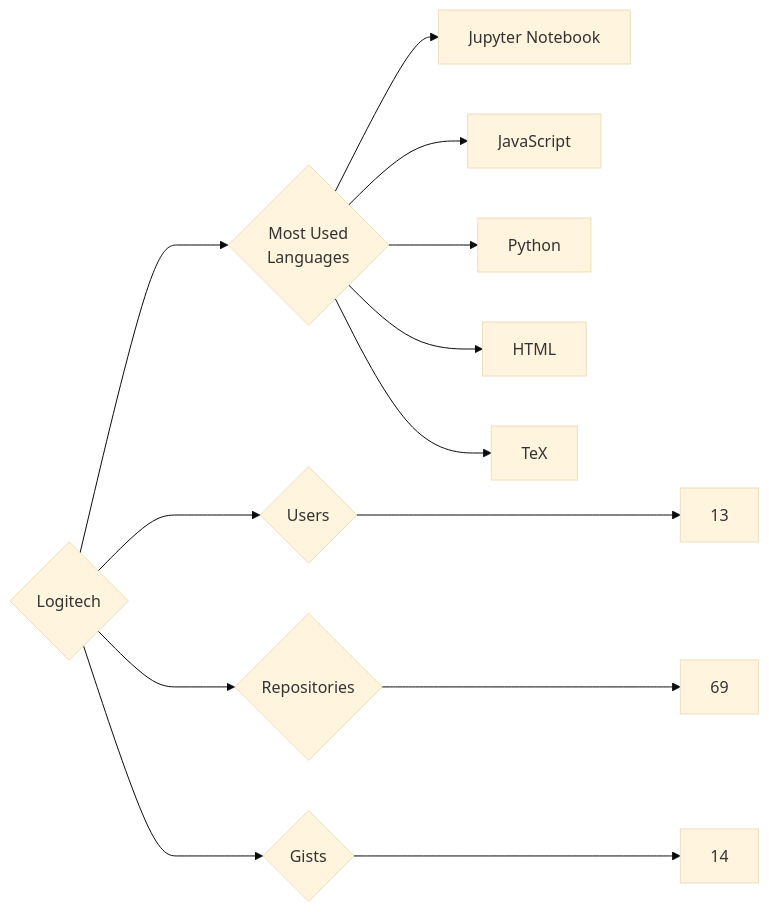
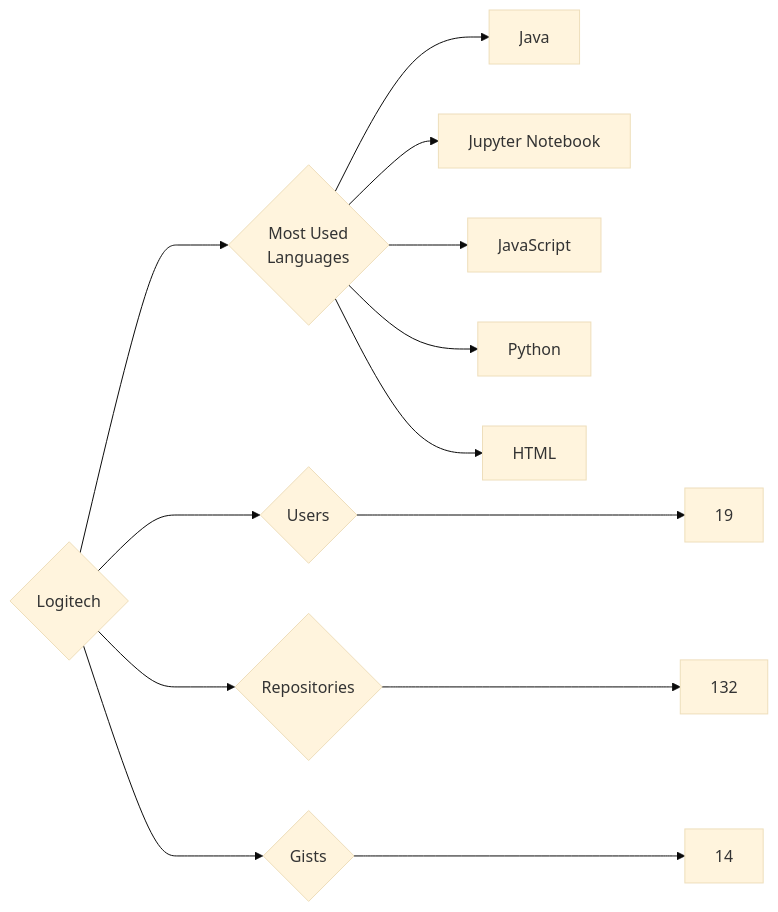
The diagram in targets/Logitech/README.md (trickest/insiders), drawn with Mermaid (base theme) before and after one commit. The commit also changed 912 other files, not shown here.

````diff
--- a/targets/Logitech/README.md
+++ b/targets/Logitech/README.md
@@ -3,13 +3,13 @@
 ```mermaid
 graph LR
 COMPANY_NAME{Logitech}
-COMPANY_NAME ---> U{Users} ---> UN[13]
-COMPANY_NAME ---> R{Repositories} ---> RN[69]
+COMPANY_NAME ---> U{Users} ---> UN[19]
+COMPANY_NAME ---> R{Repositories} ---> RN[132]
 COMPANY_NAME ---> G{Gists} ---> GN[14]
 COMPANY_NAME ---> ML{Most Used<br>Languages}
+ML --> Java[Java]
 ML --> Jupyter_Notebook[Jupyter Notebook]
 ML --> JavaScript[JavaScript]
 ML --> Python[Python]
 ML --> HTML[HTML]
-ML --> TeX[TeX]
 ```
````
